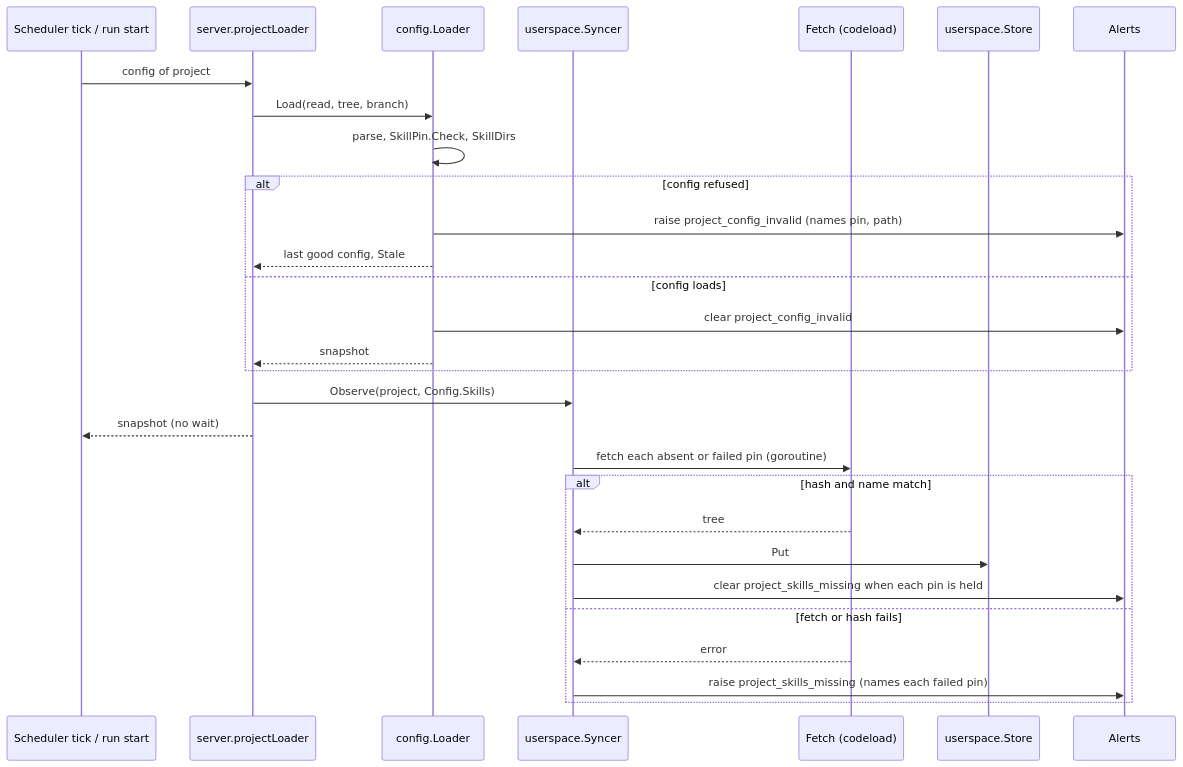
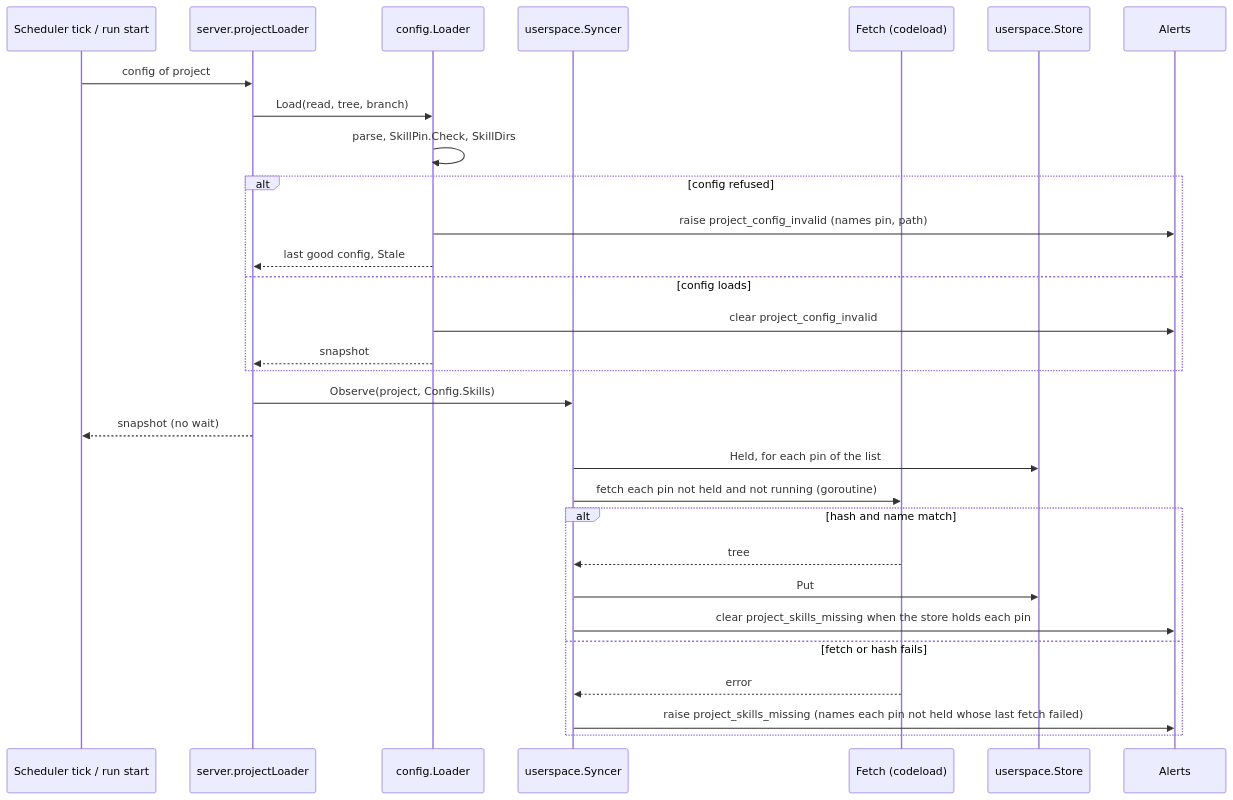
One commit to iantanwx/factory changed the first of 4 diagrams in docs/plans/factorio-yzrt-kernel-and-userspace-skills-spec.md. Above: the diagram before and after it, drawn with Mermaid. The commit also changed other lines of this file, not shown here.

````diff
--- a/docs/plans/factorio-yzrt-kernel-and-userspace-skills-spec.md
+++ b/docs/plans/factorio-yzrt-kernel-and-userspace-skills-spec.md
@@ -392,31 +432,32 @@
 ```mermaid
 sequenceDiagram
     participant Tick as Scheduler tick / run start
     participant PL as server.projectLoader
     participant L as config.Loader
     participant Sy as userspace.Syncer
     participant F as Fetch (codeload)
     participant St as userspace.Store
     participant A as Alerts
     Tick->>PL: config of project
     PL->>L: Load(read, tree, branch)
     L->>L: parse, SkillPin.Check, SkillDirs
     alt config refused
         L->>A: raise project_config_invalid (names pin, path)
         L-->>PL: last good config, Stale
     else config loads
         L->>A: clear project_config_invalid
         L-->>PL: snapshot
     end
     PL->>Sy: Observe(project, Config.Skills)
     PL-->>Tick: snapshot (no wait)
-    Sy->>F: fetch each absent or failed pin (goroutine)
+    Sy->>St: Held, for each pin of the list
+    Sy->>F: fetch each pin not held and not running (goroutine)
     alt hash and name match
         F-->>Sy: tree
         Sy->>St: Put
-        Sy->>A: clear project_skills_missing when each pin is held
+        Sy->>A: clear project_skills_missing when the store holds each pin
     else fetch or hash fails
         F-->>Sy: error
-        Sy->>A: raise project_skills_missing (names each failed pin)
+        Sy->>A: raise project_skills_missing (names each pin not held whose last fetch failed)
     end
 ```
````
